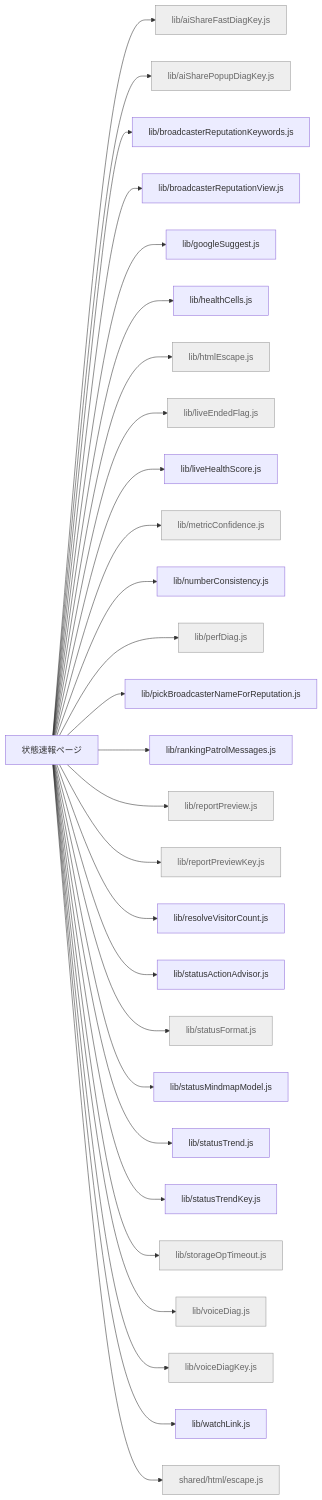
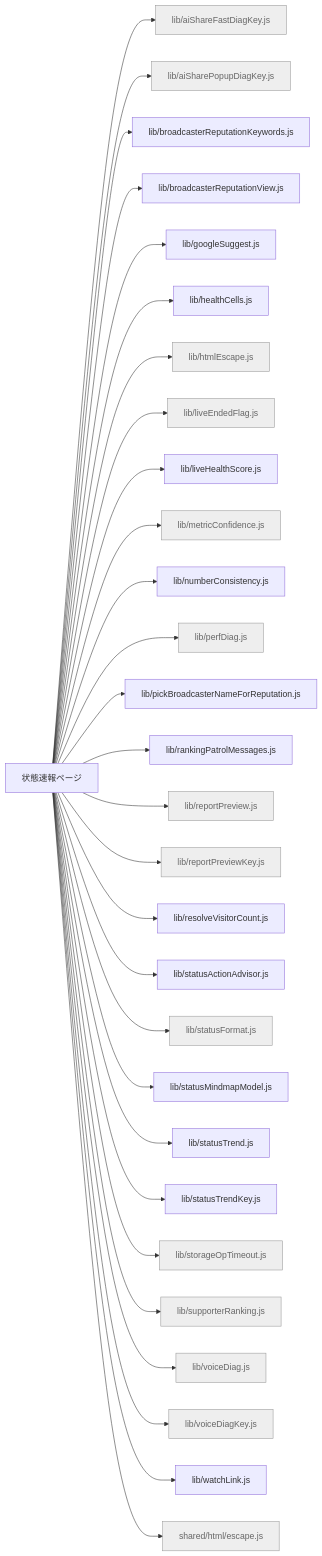
Before and after one commit to kimito-link/tsuioku-no-kirameki.com: the diagram in docs/feature-map/status.md, drawn with Mermaid. The commit also changed 19 other files, not shown here.

````diff
--- a/docs/feature-map/status.md
+++ b/docs/feature-map/status.md
@@ -13,32 +13,33 @@
 ```mermaid
 graph LR
   n_status["状態速報ページ"]
   n_status --> n_src_lib_aiShareFastDiagKey_js["lib/aiShareFastDiagKey.js"]:::shared
   n_status --> n_src_lib_aiSharePopupDiagKey_js["lib/aiSharePopupDiagKey.js"]:::shared
   n_status --> n_src_lib_broadcasterReputationKeywords_js["lib/broadcasterReputationKeywords.js"]
   n_status --> n_src_lib_broadcasterReputationView_js["lib/broadcasterReputationView.js"]
   n_status --> n_src_lib_googleSuggest_js["lib/googleSuggest.js"]
   n_status --> n_src_lib_healthCells_js["lib/healthCells.js"]
   n_status --> n_src_lib_htmlEscape_js["lib/htmlEscape.js"]:::shared
   n_status --> n_src_lib_liveEndedFlag_js["lib/liveEndedFlag.js"]:::shared
   n_status --> n_src_lib_liveHealthScore_js["lib/liveHealthScore.js"]
   n_status --> n_src_lib_metricConfidence_js["lib/metricConfidence.js"]:::shared
   n_status --> n_src_lib_numberConsistency_js["lib/numberConsistency.js"]
   n_status --> n_src_lib_perfDiag_js["lib/perfDiag.js"]:::shared
   n_status --> n_src_lib_pickBroadcasterNameForReputation_js["lib/pickBroadcasterNameForReputation.js"]
   n_status --> n_src_lib_rankingPatrolMessages_js["lib/rankingPatrolMessages.js"]
   n_status --> n_src_lib_reportPreview_js["lib/reportPreview.js"]:::shared
   n_status --> n_src_lib_reportPreviewKey_js["lib/reportPreviewKey.js"]:::shared
   n_status --> n_src_lib_resolveVisitorCount_js["lib/resolveVisitorCount.js"]
   n_status --> n_src_lib_statusActionAdvisor_js["lib/statusActionAdvisor.js"]
   n_status --> n_src_lib_statusFormat_js["lib/statusFormat.js"]:::shared
   n_status --> n_src_lib_statusMindmapModel_js["lib/statusMindmapModel.js"]
   n_status --> n_src_lib_statusTrend_js["lib/statusTrend.js"]
   n_status --> n_src_lib_statusTrendKey_js["lib/statusTrendKey.js"]
   n_status --> n_src_lib_storageOpTimeout_js["lib/storageOpTimeout.js"]:::shared
+  n_status --> n_src_lib_supporterRanking_js["lib/supporterRanking.js"]:::shared
   n_status --> n_src_lib_voiceDiag_js["lib/voiceDiag.js"]:::shared
   n_status --> n_src_lib_voiceDiagKey_js["lib/voiceDiagKey.js"]:::shared
   n_status --> n_src_lib_watchLink_js["lib/watchLink.js"]
   n_status --> n_src_shared_html_escape_js["shared/html/escape.js"]:::shared
   classDef shared fill:#eee,stroke:#999,color:#666;
 ```
````
